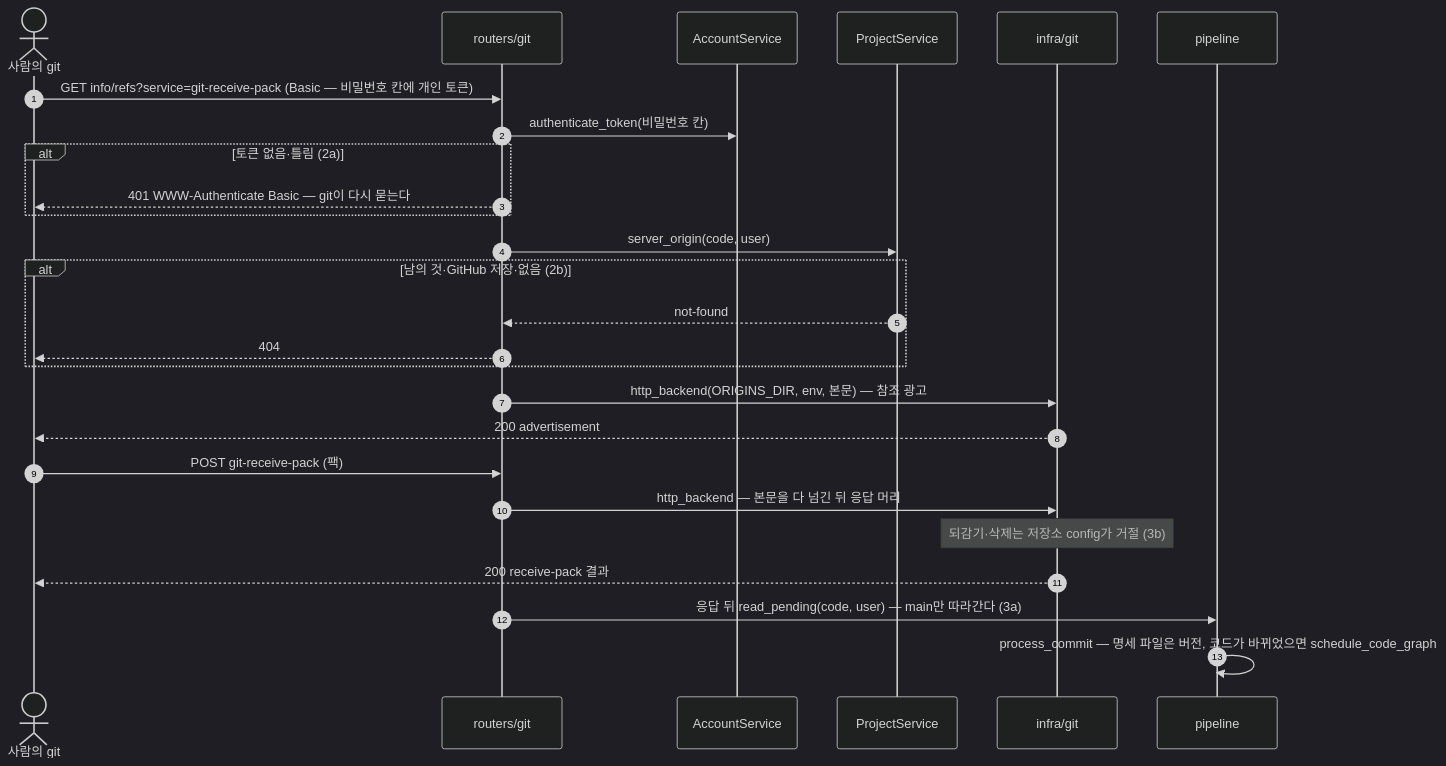
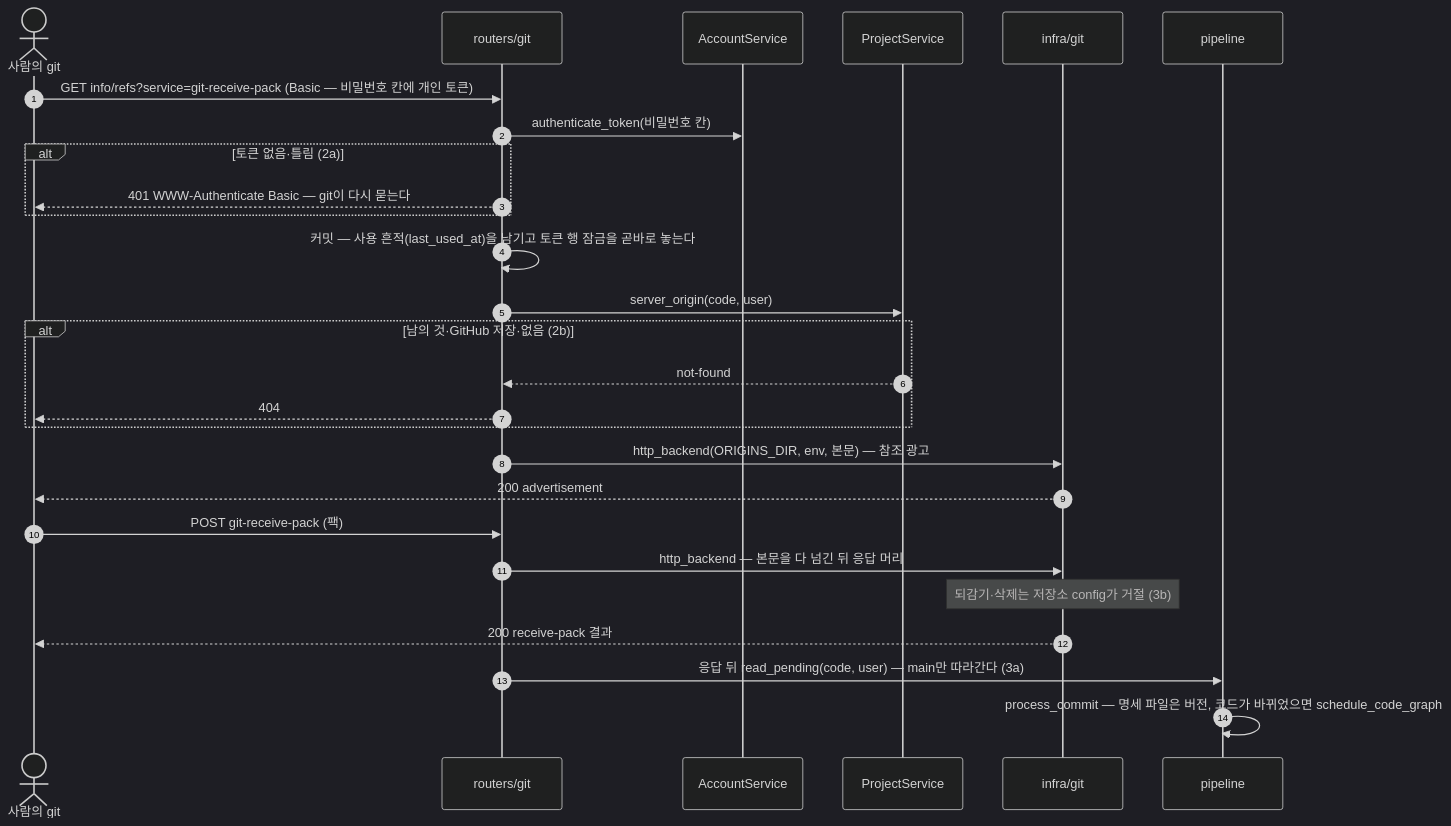
Diagram 25 of 32 in docs/specs/09-SEQ/SYNC-SEQ-001.md (HoyoungParkme/syncdoc), drawn with Mermaid (dark theme) before and after one commit. The commit also changed other lines of this file and 3 other files, not shown here.

First line of the commit message:
fix(#318): git 입구 인증이 통과하면 곧바로 커밋 — 토큰 행 잠금을 쥔 채 응답을 흘리지 않는다 (#319)

````diff
--- a/docs/specs/09-SEQ/SYNC-SEQ-001.md
+++ b/docs/specs/09-SEQ/SYNC-SEQ-001.md
@@ -1274,29 +1274,30 @@
 ```mermaid
 sequenceDiagram
     autonumber
     actor U as 사람의 git
     participant R as routers/git
     participant AS as AccountService
     participant PS as ProjectService
     participant G as infra/git
     participant P as pipeline
 
     U->>R: GET info/refs?service=git-receive-pack (Basic — 비밀번호 칸에 개인 토큰)
     R->>AS: authenticate_token(비밀번호 칸)
     alt 토큰 없음·틀림 (2a)
         R-->>U: 401 WWW-Authenticate Basic — git이 다시 묻는다
     end
+    R->>R: 커밋 — 사용 흔적(last_used_at)을 남기고 토큰 행 잠금을 곧바로 놓는다
     R->>PS: server_origin(code, user)
     alt 남의 것·GitHub 저장·없음 (2b)
         PS-->>R: not-found
         R-->>U: 404
     end
     R->>G: http_backend(ORIGINS_DIR, env, 본문) — 참조 광고
     G-->>U: 200 advertisement
     U->>R: POST git-receive-pack (팩)
     R->>G: http_backend — 본문을 다 넘긴 뒤 응답 머리
     Note over G: 되감기·삭제는 저장소 config가 거절 (3b)
     G-->>U: 200 receive-pack 결과
     R->>P: 응답 뒤 read_pending(code, user) — main만 따라간다 (3a)
     P->>P: process_commit — 명세 파일은 버전, 코드가 바뀌었으면 schedule_code_graph
 ```
````
